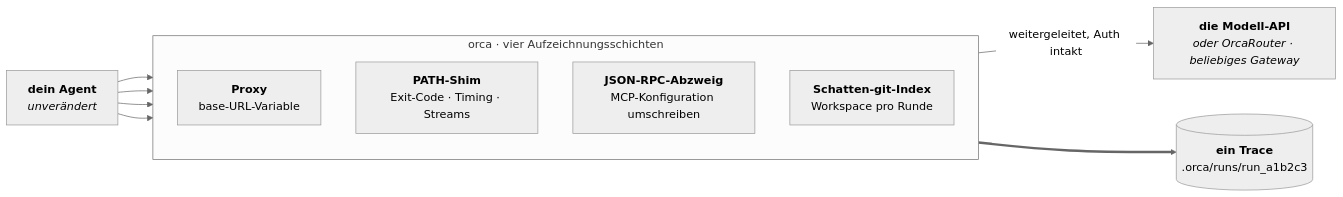
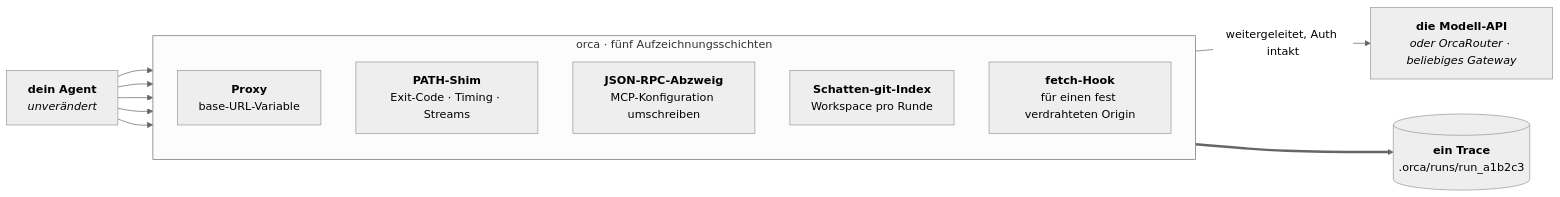
Before and after one commit to Continuum-AI-Corp/OrcaReplay: the first of 2 diagrams in docs/i18n/README.de.md, drawn with Mermaid. The commit also changed other lines of this file and 7 other files, not shown here.

````diff
--- a/docs/i18n/README.de.md
+++ b/docs/i18n/README.de.md
@@ -79,17 +80,18 @@
 ```mermaid
 %%{init: {'theme':'neutral'}}%%
 flowchart LR
     A["<b>dein Agent</b><br/><i>unverändert</i>"]
 
-    subgraph orca["orca · vier Aufzeichnungsschichten"]
+    subgraph orca["orca · fünf Aufzeichnungsschichten"]
         direction TB
         P["<b>Proxy</b><br/>base-URL-Variable"]
         SH["<b>PATH-Shim</b><br/>Exit-Code · Timing · Streams"]
         MC["<b>JSON-RPC-Abzweig</b><br/>MCP-Konfiguration umschreiben"]
         FS["<b>Schatten-git-Index</b><br/>Workspace pro Runde"]
+        FH["<b>fetch-Hook</b><br/>für einen fest verdrahteten Origin"]
     end
 
-    A --> P & SH & MC & FS
+    A --> P & SH & MC & FS & FH
     P -->|"weitergeleitet, Auth intakt"| U["<b>die Modell-API</b><br/><i>oder OrcaRouter · beliebiges Gateway</i>"]
     orca ==> T[("<b>ein Trace</b><br/>.orca/runs/run_a1b2c3")]
 ```
````
